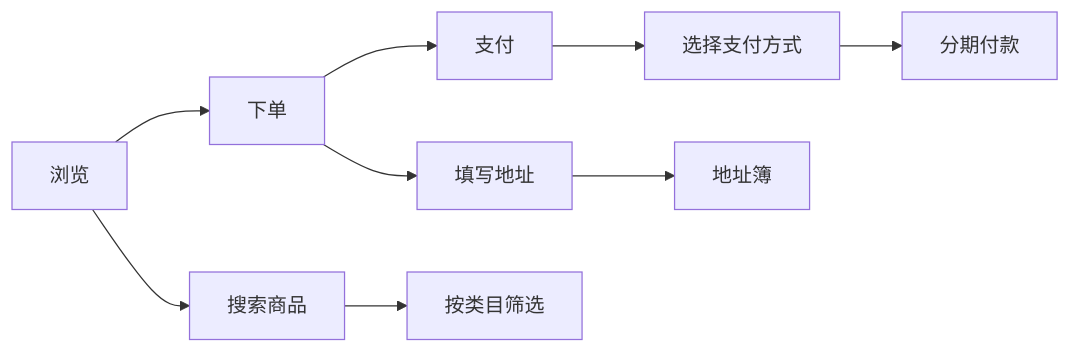
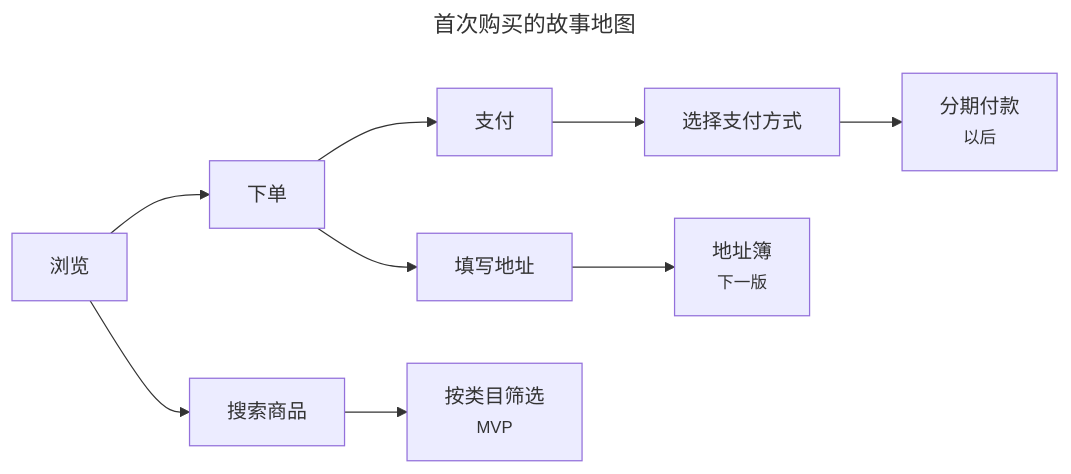
Before and after one commit to huang-hee/diagram-kit: the fifth of 5 diagrams in references/types-product.md, drawn with Mermaid. The commit also changed other lines of this file and 248 other files, not shown here.

First line of the commit message:
feat: 示例按统一风格重做，补齐 42 张 drawio 整图示例，默认工具改为 drawio

````diff
--- a/references/types-product.md
+++ b/references/types-product.md
@@ -182,7 +191,10 @@
 ```mermaid
+---
+title: 首次购买的故事地图
+---
 flowchart LR
   A1[浏览]:::activity --> A2[下单]:::activity --> A3[支付]:::activity
-  A1 --> T1[搜索商品]:::task --> S1[按类目筛选]:::mvp
-  A2 --> T2[填写地址]:::task --> S2[地址簿]:::story
-  A3 --> T3[选择支付方式]:::task --> S3[分期付款]:::later
+  A1 --> T1[搜索商品]:::task --> S1["按类目筛选<br><small>MVP</small>"]:::mvp
+  A2 --> T2[填写地址]:::task --> S2["地址簿<br><small>下一版</small>"]:::story
+  A3 --> T3[选择支付方式]:::task --> S3["分期付款<br><small>以后</small>"]:::later
 ```
````
